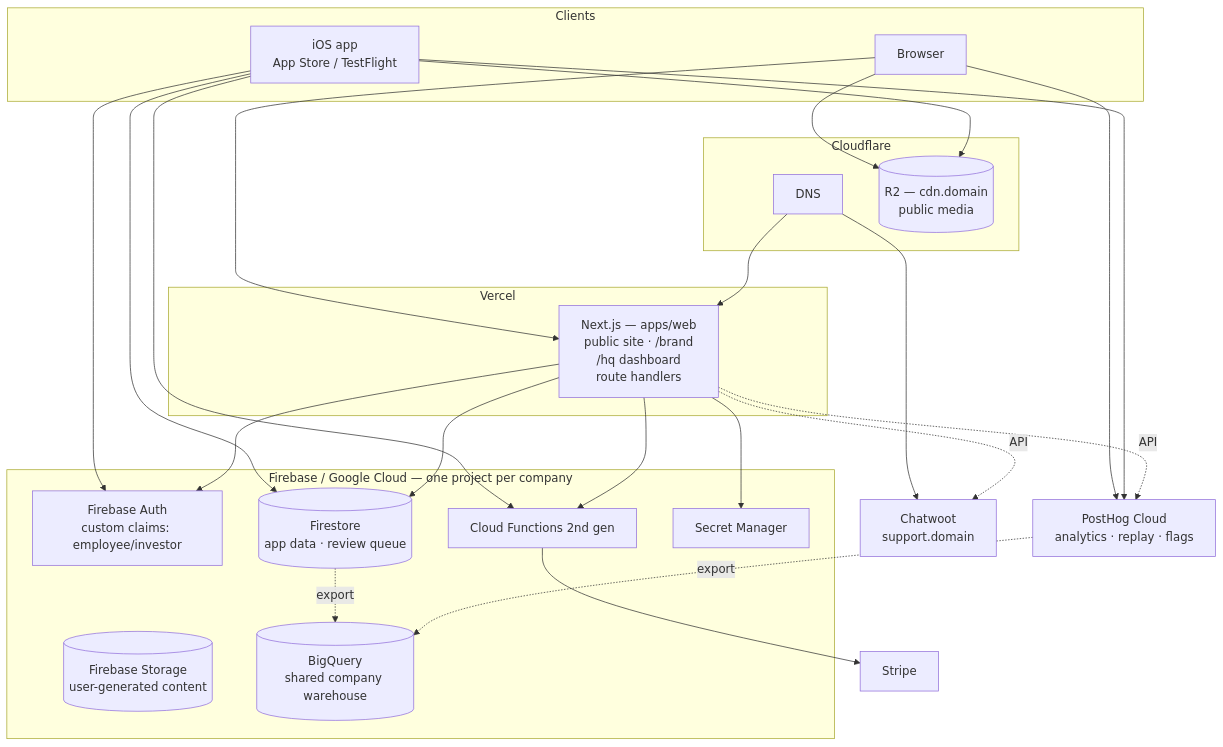
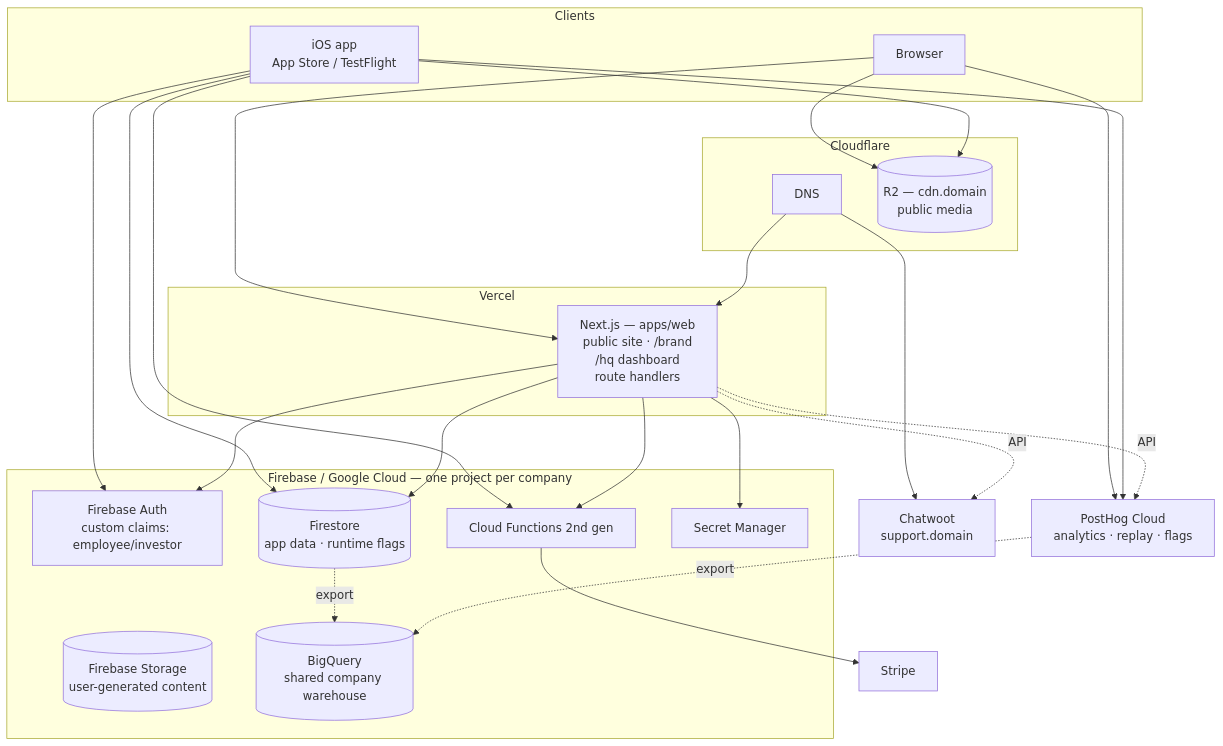
Before and after one commit to cpheinrich/morpheus: the first of 3 diagrams in architecture.md, drawn with Mermaid. The commit also changed other lines of this file, not shown here.

First line of the commit message:
architecture: revise queue to GitHub, add PM schemas, one-file-per-item

````diff
--- a/architecture.md
+++ b/architecture.md
@@ -404,49 +404,49 @@
 ```mermaid
 flowchart TB
     subgraph clients [Clients]
         WEB[Browser]
         IOS[iOS app<br/>App Store / TestFlight]
     end
 
     subgraph vercel [Vercel]
         NEXT["Next.js — apps/web<br/>public site · /brand<br/>/hq dashboard<br/>route handlers"]
     end
 
     subgraph gcp [Firebase / Google Cloud — one project per company]
         AUTH[Firebase Auth<br/>custom claims: employee/investor]
-        FS[(Firestore<br/>app data · review queue)]
+        FS[(Firestore<br/>app data · runtime flags)]
         ST[(Firebase Storage<br/>user-generated content)]
         FN[Cloud Functions 2nd gen]
         SM[Secret Manager]
         BQ[(BigQuery<br/>shared company warehouse)]
     end
 
     subgraph cf [Cloudflare]
         DNS[DNS]
         R2[(R2 — cdn.domain<br/>public media)]
     end
 
     PH[PostHog Cloud<br/>analytics · replay · flags]
     CW[Chatwoot<br/>support.domain]
     ST2[Stripe]
 
     WEB --> NEXT
     IOS --> AUTH
     IOS --> FS
     IOS --> FN
     NEXT --> AUTH
     NEXT --> FS
     NEXT --> FN
     NEXT --> SM
     FN --> ST2
     FS -.export.-> BQ
     PH -.export.-> BQ
     WEB --> R2
     IOS --> R2
     WEB --> PH
     IOS --> PH
     DNS --> NEXT
     DNS --> CW
     NEXT -.API.-> CW
     NEXT -.API.-> PH
 ```
````
